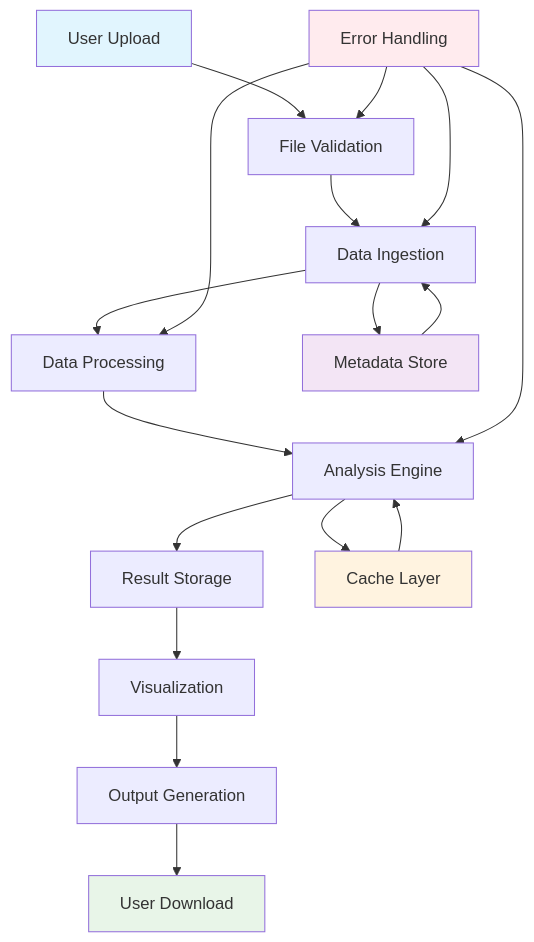
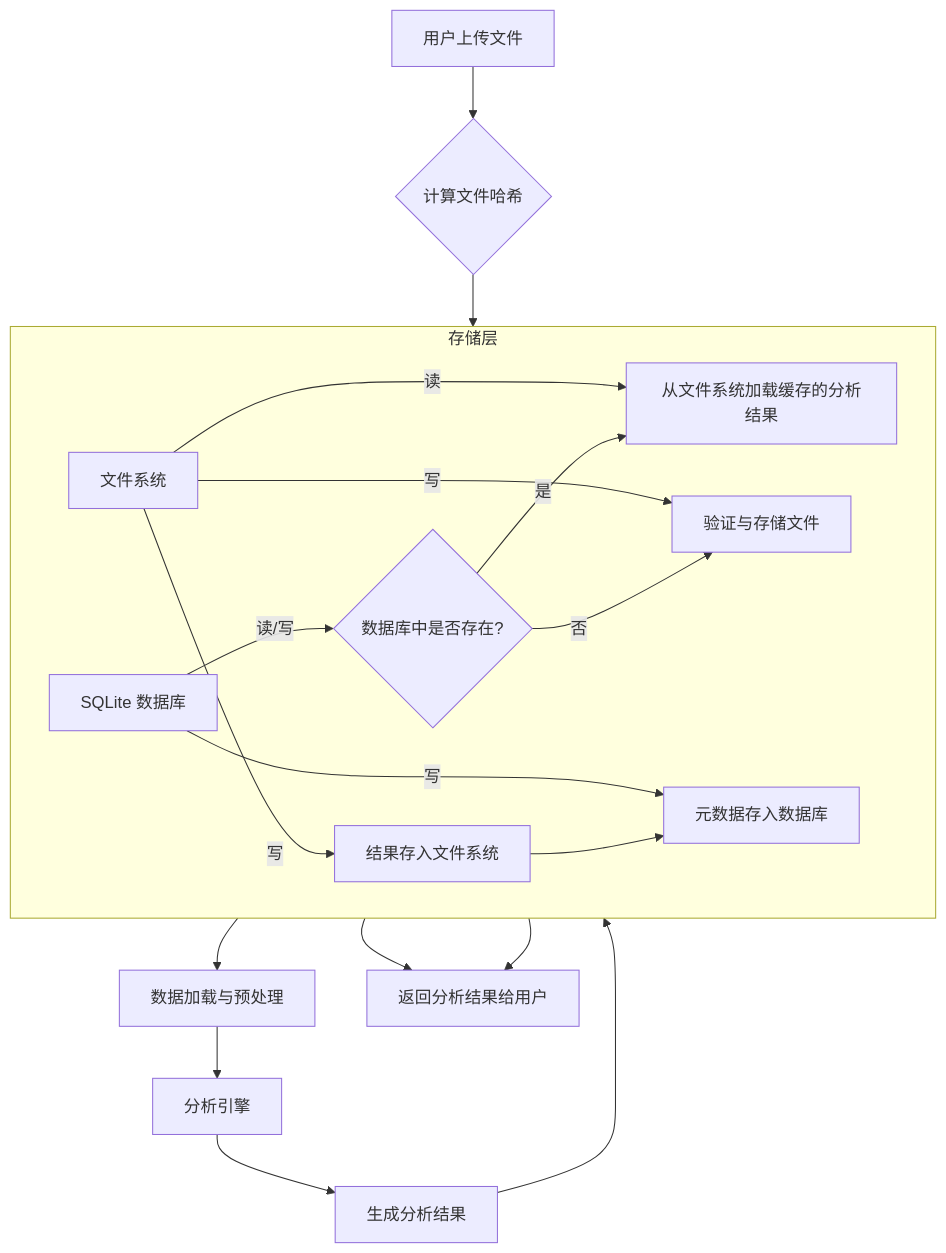
Before and after one commit to bahayonghang/data_report: the first of 4 diagrams in docs/architecture/data-flow.md, drawn with Mermaid. The commit also changed other lines of this file and 14 other files, not shown here.

````diff
--- a/docs/architecture/data-flow.md
+++ b/docs/architecture/data-flow.md
@@ -7,28 +7,23 @@
 ```mermaid
 flowchart TD
-    A["User Upload"] --> B["File Validation"]
-    B --> C["Data Ingestion"]
-    C --> D["Data Processing"]
-    D --> E["Analysis Engine"]
-    E --> F["Result Storage"]
-    F --> G["Visualization"]
-    G --> H["Output Generation"]
-    H --> I["User Download"]
+    A[用户上传文件] --> B{计算文件哈希}
+    B --> C{数据库中是否存在?}
+    C -- 是 --> D[从文件系统加载缓存的分析结果]
+    C -- 否 --> E[验证与存储文件]
+    E --> F[数据加载与预处理]
+    F --> G[分析引擎]
+    G --> H[生成分析结果]
+    H --> I[结果存入文件系统]
+    I --> J[元数据存入数据库]
+    J --> K[返回分析结果给用户]
+    D --> K
     
-    J["Cache Layer"] --> E
-    E --> J
-    
-    K["Metadata Store"] --> C
-    C --> K
-    
-    L["Error Handling"] --> B
-    L --> C
-    L --> D
-    L --> E
-    
-    style A fill:#e1f5fe
-    style I fill:#e8f5e8
-    style J fill:#fff3e0
-    style K fill:#f3e5f5
-    style L fill:#ffebee
+    subgraph "存储层"
+        direction LR
+        L[SQLite 数据库] -- 读/写 --> C
+        L -- 写 --> J
+        M[文件系统] -- 写 --> E
+        M -- 读 --> D
+        M -- 写 --> I
+    end
 ```
````
